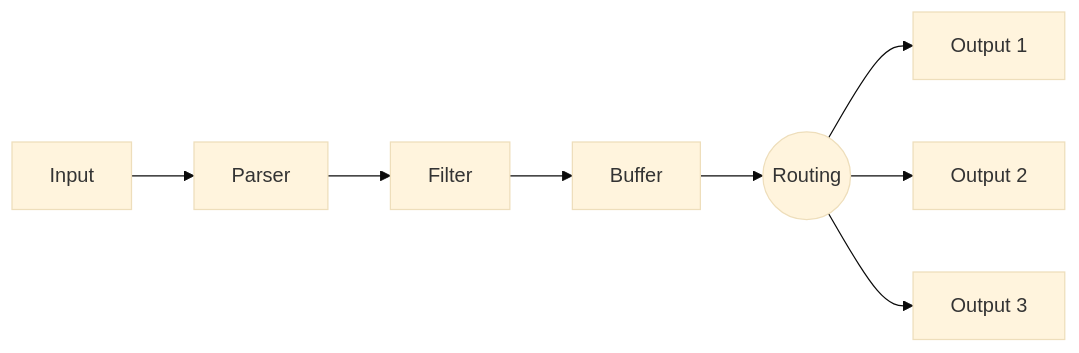
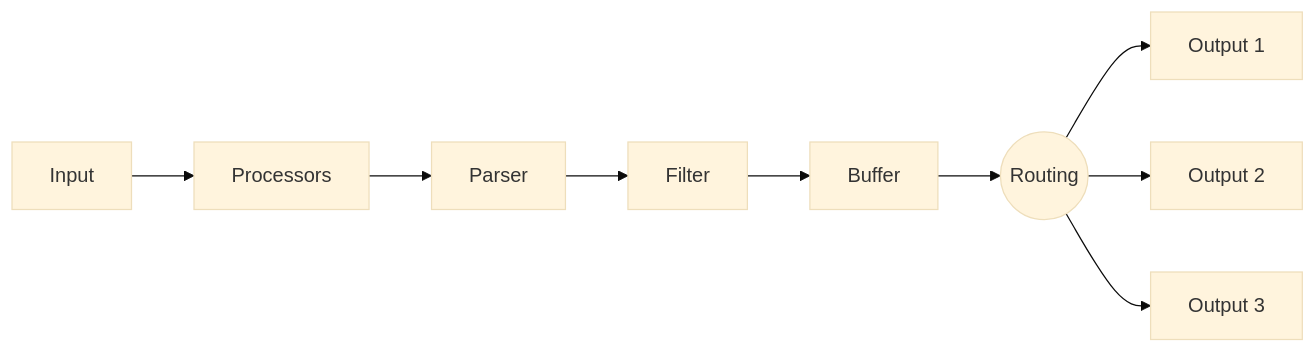
One commit to fluent/fluent-bit-docs changed the diagram in concepts/data-pipeline.md. Above: the diagram before and after it, drawn with Mermaid (base theme). The commit also changed other lines of this file and 1 other file, not shown here.

Commit message:
Updates Concepts section of docs for new release (#2392)
* docs: concepts: key-concepts: add processor concept and update event types

  - Add Processor to the intro topic list
  - Add Processor section describing how processors differ from filters
  - Update Events/Records description to include traces and profiles
  - Fix grammar: "associated timestamps" → "associated timestamp"

Applies to #2391

* docs: concepts: data-pipeline: add processors to pipeline diagram and sections

  - Add Processors node to Mermaid pipeline diagram between Input and Parser
  - Add Processors section describing plugin-attached, tag-free, YAML-only
  processing
  - Update diagram accessible description to include processors

Applies to #2391

---------

````diff
--- a/concepts/data-pipeline.md
+++ b/concepts/data-pipeline.md
@@ -5,12 +5,13 @@
 ```mermaid
 graph LR
     accTitle: Fluent Bit data pipeline
-    accDescr: A diagram of the Fluent Bit data pipeline, which includes input, a parser, a filter, a buffer, routing, and various outputs.
-    A[Input] --> B[Parser]
-    B --> C[Filter]
-    C --> D[Buffer]
-    D --> E((Routing))
-    E --> F[Output 1]
-    E --> G[Output 2]
-    E --> H[Output 3]
+    accDescr: A diagram of the Fluent Bit data pipeline, which includes input, processors, a parser, a filter, a buffer, routing, and various outputs.
+    A[Input] --> B[Processors]
+    B --> C[Parser]
+    C --> D[Filter]
+    D --> E[Buffer]
+    E --> F((Routing))
+    F --> G[Output 1]
+    F --> H[Output 2]
+    F --> I[Output 3]
 ```
````
